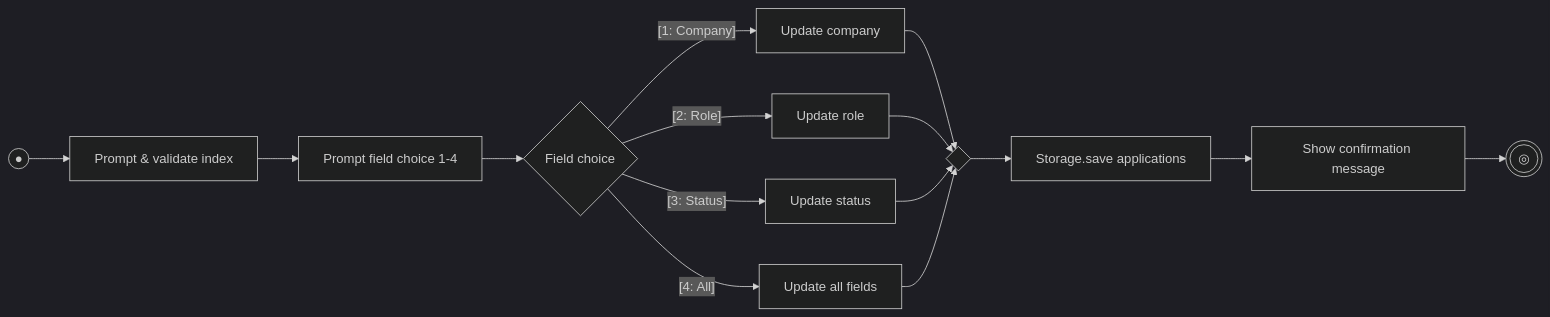
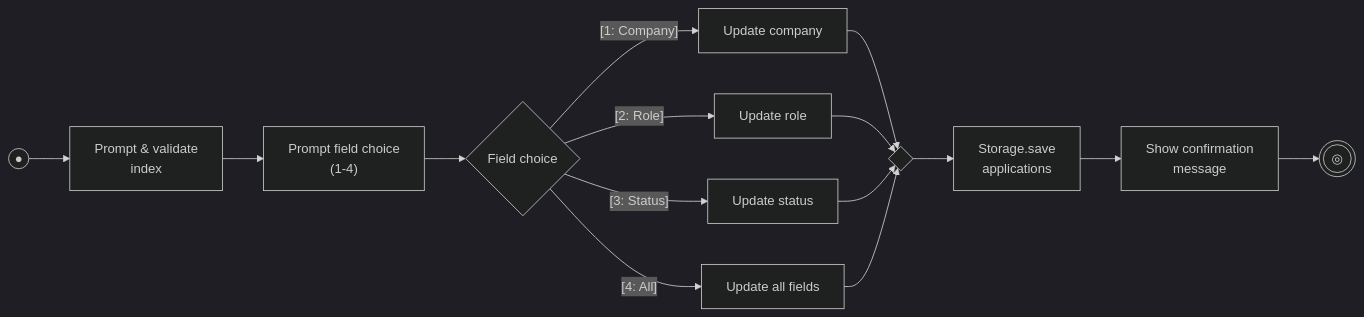
Before and after one commit to AY2627S1-CS2113-T10-2/tp: diagram 13 of 22 in docs/DeveloperGuide.md, drawn with Mermaid (dark theme). The commit also changed other lines of this file, not shown here.

First line of the commit message:
docs: standardize architecture diagram design and add manual testing output examples

````diff
--- a/docs/DeveloperGuide.md
+++ b/docs/DeveloperGuide.md
@@ -776,13 +770,13 @@
 ```mermaid
 flowchart LR
-    Start((●)) --> PromptIdx[Prompt & validate index]
-    PromptIdx --> PromptField[Prompt field choice 1-4]
+    Start((●)) --> PromptIdx["Prompt & validate<br/>index"]
+    PromptIdx --> PromptField["Prompt field choice<br/>(1-4)"]
     PromptField --> Branch{"Field choice"}
-    Branch -- "[1: Company]" --> UpdCo[Update company] --> Merge{ }
-    Branch -- "[2: Role]" --> UpdRole[Update role] --> Merge
-    Branch -- "[3: Status]" --> UpdStat[Update status] --> Merge
-    Branch -- "[4: All]" --> UpdAll[Update all fields] --> Merge
-    Merge --> Save[Storage.save applications]
-    Save --> Confirm[Show confirmation message]
+    Branch -->|"[1: Company]"| UpdCo["Update company"] --> Merge{ }
+    Branch -->|"[2: Role]"| UpdRole["Update role"] --> Merge
+    Branch -->|"[3: Status]"| UpdStat["Update status"] --> Merge
+    Branch -->|"[4: All]"| UpdAll["Update all fields"] --> Merge
+    Merge --> Save["Storage.save<br/>applications"]
+    Save --> Confirm["Show confirmation<br/>message"]
     Confirm --> End(((◎)))
 ```
````
